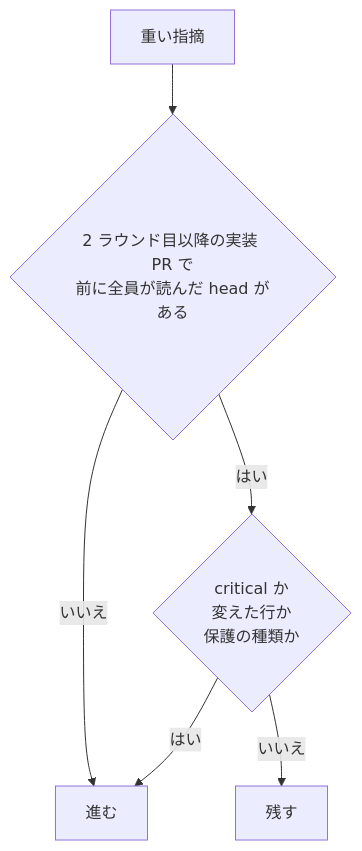
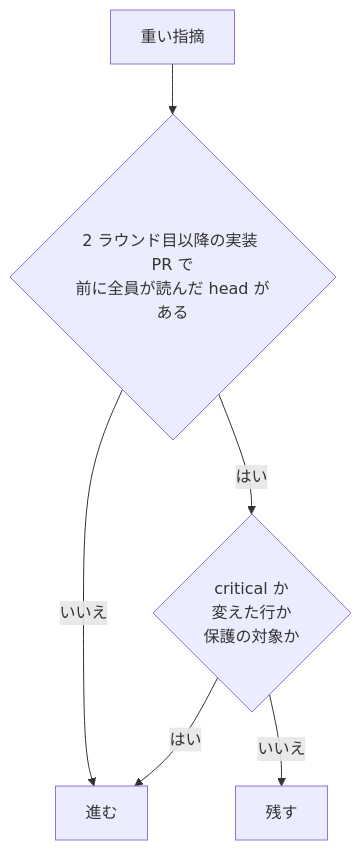
The third of 3 diagrams in issues/issue-3780-design.md (devbasex/ai-plugins), drawn with Mermaid before and after one commit. The commit also changed other lines of this file and 4 other files, not shown here.

````diff
--- a/issues/issue-3780-design.md
+++ b/issues/issue-3780-design.md
@@ -136,8 +144,8 @@
 ```mermaid
 flowchart TD
     A[重い指摘] --> B{2 ラウンド目以降の実装 PR で<br>前に全員が読んだ head がある}
     B -->|いいえ| P[進む]
-    B -->|はい| C{critical か<br>変えた行か<br>保護の種類か}
+    B -->|はい| C{critical か<br>変えた行か<br>保護の対象か}
     C -->|はい| P
     C -->|いいえ| Q[残す]
 ```
````
